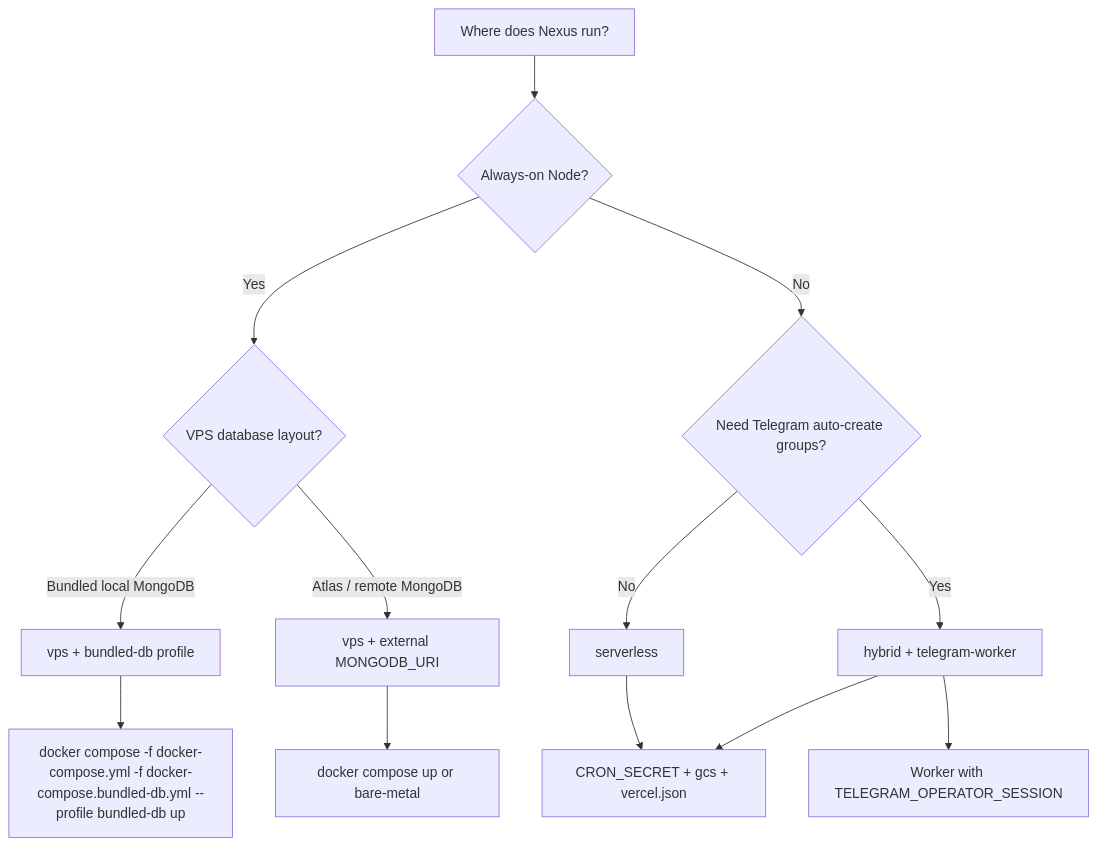
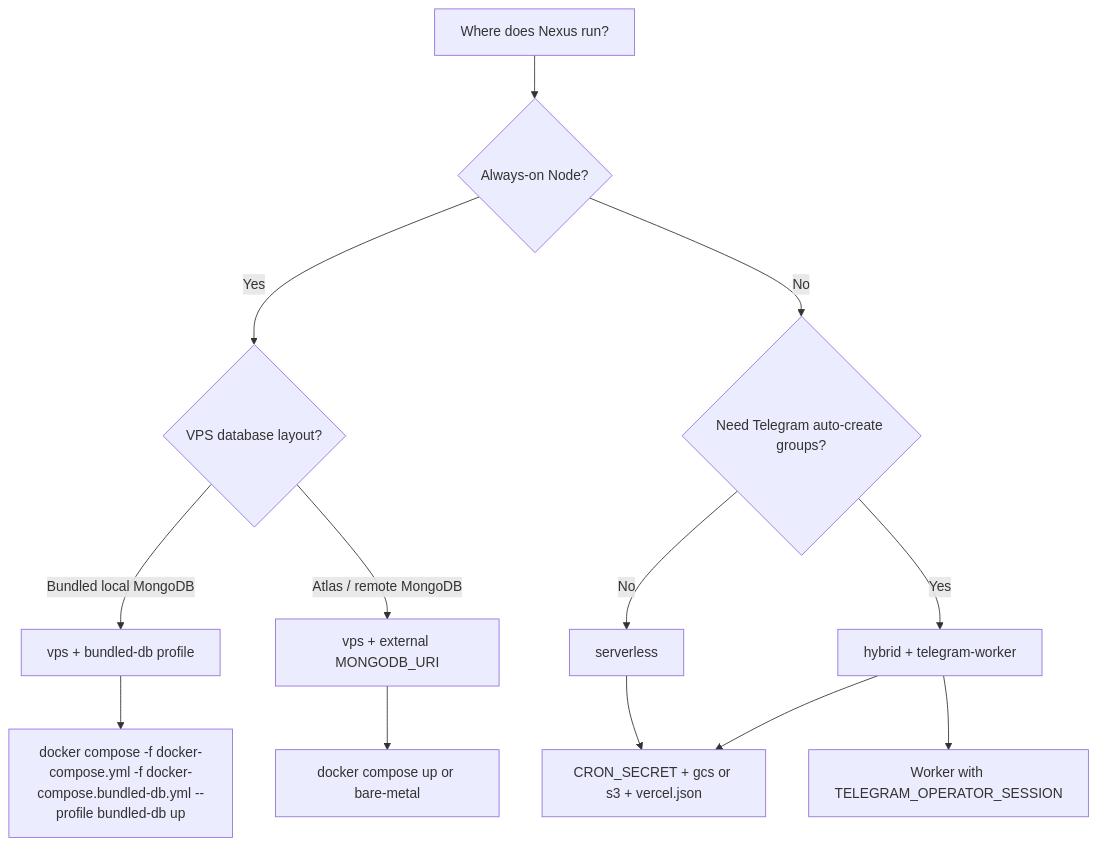
One commit to Loggy-4ya/system-for-local-organization changed the diagram in .ai/docs/features/hosting_and_deployment.md. Above: the diagram before and after it, drawn with Mermaid. The commit also changed other lines of this file and 48 other files, not shown here.

````diff
--- a/.ai/docs/features/hosting_and_deployment.md
+++ b/.ai/docs/features/hosting_and_deployment.md
@@ -290,15 +415,15 @@
 ```mermaid
 flowchart TD
   A[Where does Nexus run?] --> B{Always-on Node?}
   B -->|Yes| C{VPS database layout?}
   C -->|Bundled local MongoDB| D[vps + bundled-db profile]
   C -->|Atlas / remote MongoDB| E[vps + external MONGODB_URI]
   B -->|No| F{Need Telegram auto-create groups?}
   F -->|No| G[serverless]
   F -->|Yes| H[hybrid + telegram-worker]
   D --> I[docker compose -f docker-compose.yml -f docker-compose.bundled-db.yml --profile bundled-db up]
   E --> J[docker compose up or bare-metal]
-  G --> K[CRON_SECRET + gcs + vercel.json]
+  G --> K[CRON_SECRET + gcs or s3 + vercel.json]
   H --> K
   H --> L[Worker with TELEGRAM_OPERATOR_SESSION]
 ```
````
